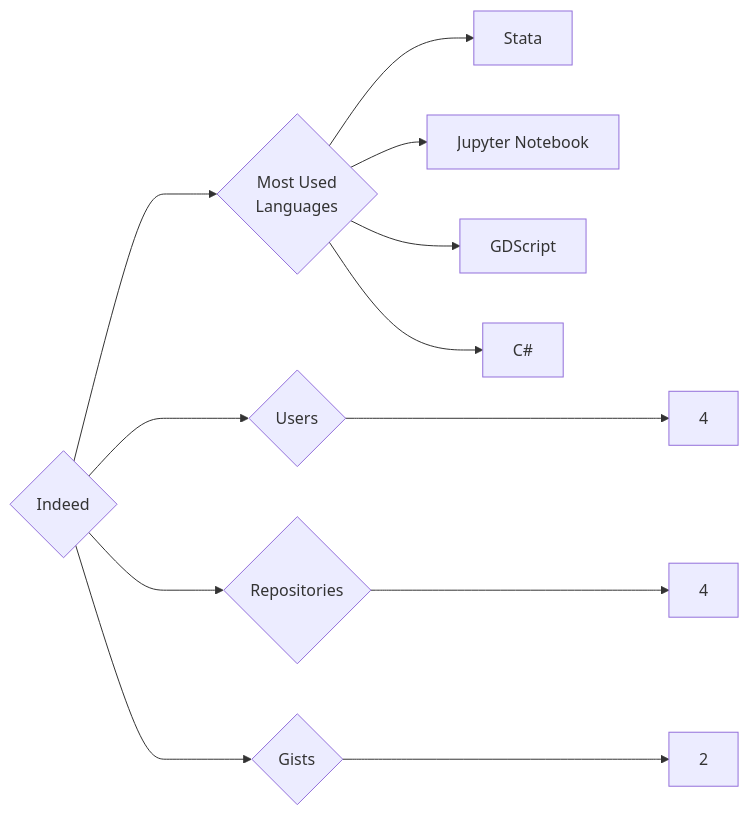
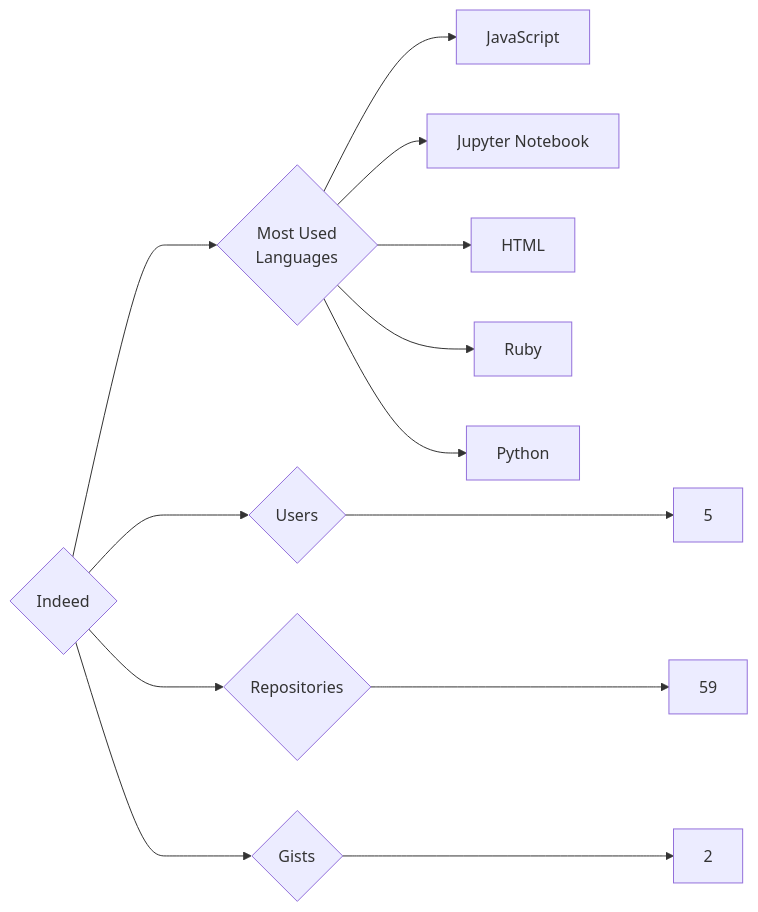
One commit to trickest/insiders changed the diagram in targets/Indeed/README.md. Above: the diagram before and after it, drawn with Mermaid. The commit also changed 757 other files, not shown here.

````diff
--- a/targets/Indeed/README.md
+++ b/targets/Indeed/README.md
@@ -3,12 +3,13 @@
 ```mermaid
 graph LR
 COMPANY_NAME{Indeed}
-COMPANY_NAME ---> U{Users} ---> UN[4]
-COMPANY_NAME ---> R{Repositories} ---> RN[4]
+COMPANY_NAME ---> U{Users} ---> UN[5]
+COMPANY_NAME ---> R{Repositories} ---> RN[59]
 COMPANY_NAME ---> G{Gists} ---> GN[2]
 COMPANY_NAME ---> ML{Most Used<br>Languages}
-ML --> Stata[Stata]
+ML --> JavaScript[JavaScript]
 ML --> Jupyter_Notebook[Jupyter Notebook]
-ML --> GDScript[GDScript]
-ML --> C#[C#]
+ML --> HTML[HTML]
+ML --> Ruby[Ruby]
+ML --> Python[Python]
 ```
````
